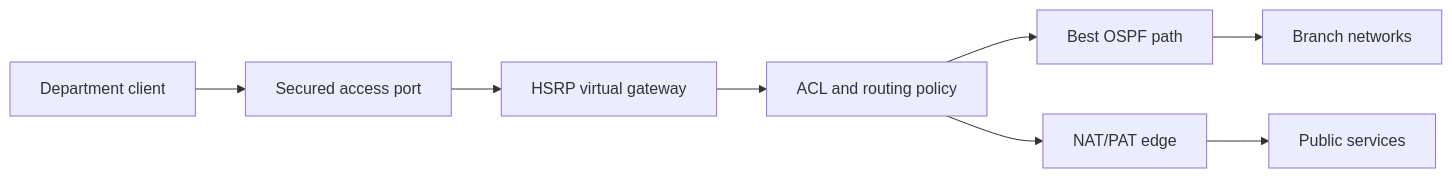
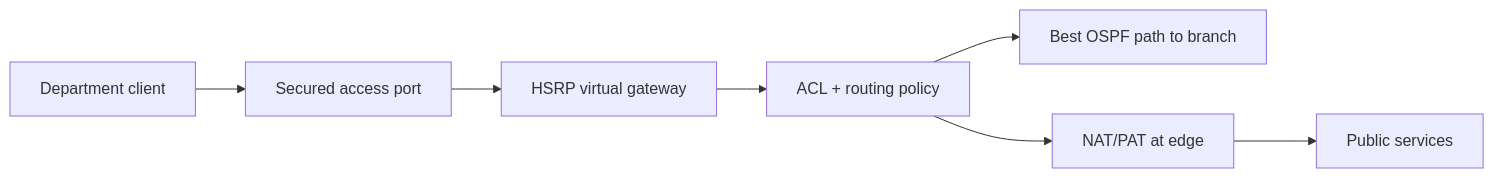
The second of 2 diagrams in README.md (MohamedIshan24/resilient-enterprise-network-capstone), drawn with Mermaid before and after one commit. The commit also changed other lines of this file, not shown here.

````diff
--- a/README.md
+++ b/README.md
@@ -49,10 +70,9 @@
 ```mermaid
 flowchart LR
   Client["Department client"] --> Access["Secured access port"]
   Access --> Gateway["HSRP virtual gateway"]
-  Gateway --> Policy["ACL and routing policy"]
-  Policy --> OSPF["Best OSPF path"]
-  Policy --> NAT["NAT/PAT edge"]
-  OSPF --> Branch["Branch networks"]
+  Gateway --> Policy["ACL + routing policy"]
+  Policy --> OSPF["Best OSPF path to branch"]
+  Policy --> NAT["NAT/PAT at edge"]
   NAT --> Public["Public services"]
 ```
````
